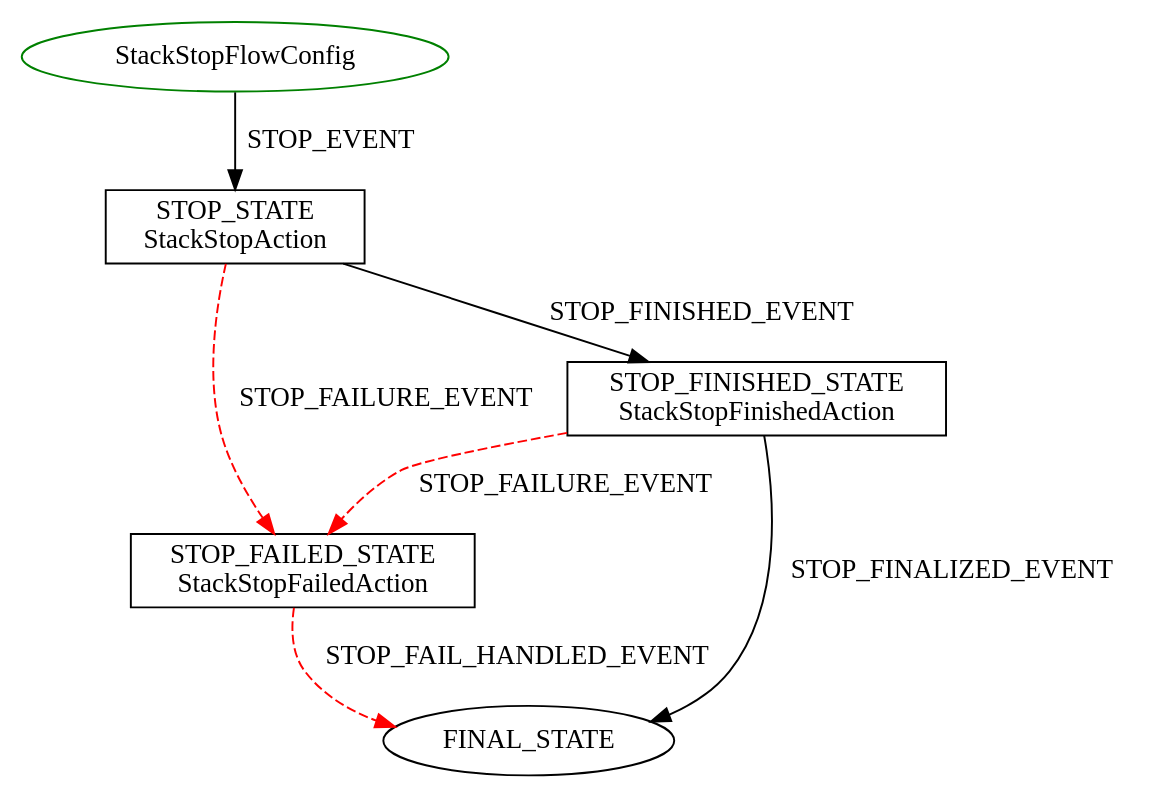
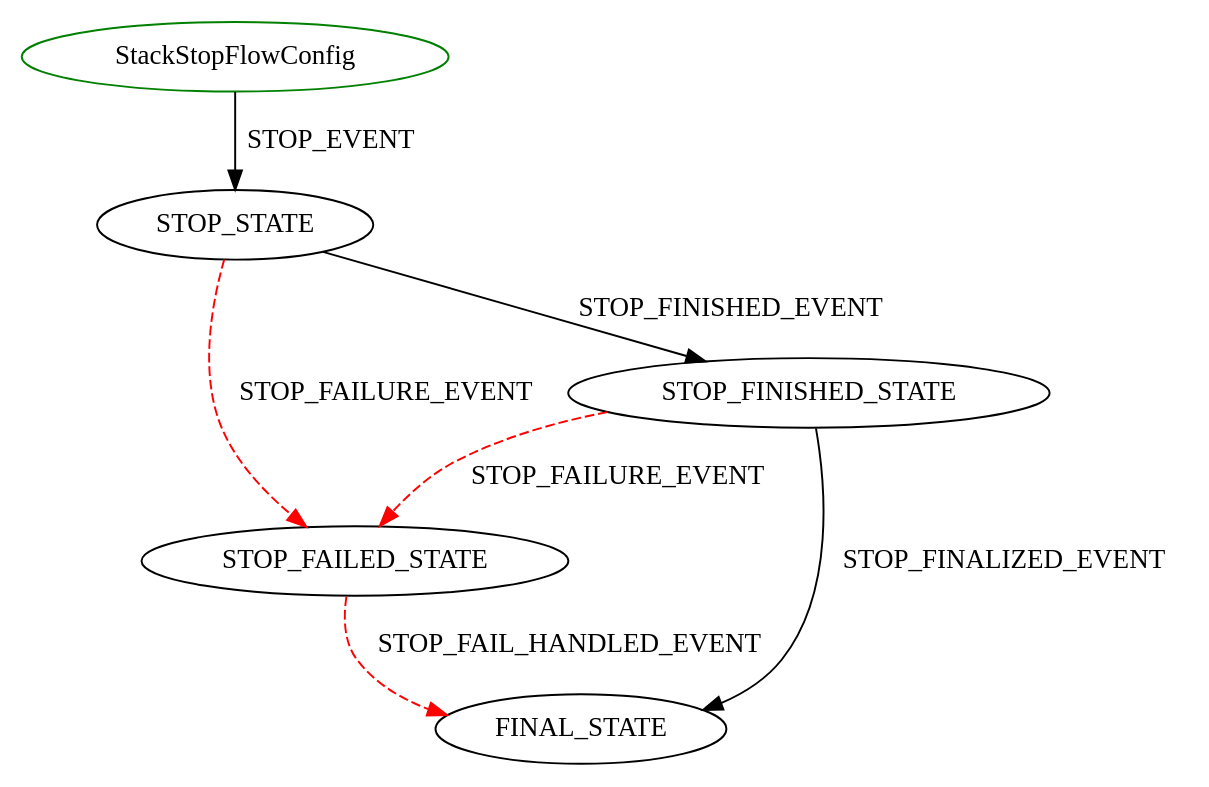
One commit to wprender/cloudbreak-docs changed the diagram in docs/diagrams/StackStopFlowConfig.dot. Above: the diagram before and after it, drawn with Graphviz. The commit also changed 3 other files, not shown here.

Commit message:
CLOUD-55042 Fresh flow dots

```diff
--- a/docs/diagrams/StackStopFlowConfig.dot
+++ b/docs/diagrams/StackStopFlowConfig.dot
@@ -1,12 +1,9 @@
 digraph {
 INIT_STATE [label="StackStopFlowConfig" shape=ellipse color=green];
-STOP_STATE [label="STOP_STATE\nStackStopAction" shape=rect color=black];
 INIT_STATE -> STOP_STATE [label="STOP_EVENT" color=black style=solid];
-STOP_FAILED_STATE [label="STOP_FAILED_STATE\nStackStopFailedAction" shape=rect color=black];
 STOP_STATE -> STOP_FAILED_STATE [label="STOP_FAILURE_EVENT" color=red style=dashed];
 STOP_FAILED_STATE -> FINAL_STATE [label="STOP_FAIL_HANDLED_EVENT" color=red style=dashed];
-STOP_FINISHED_STATE [label="STOP_FINISHED_STATE\nStackStopFinishedAction" shape=rect color=black];
 STOP_STATE -> STOP_FINISHED_STATE [label="STOP_FINISHED_EVENT" color=black style=solid];
 STOP_FINISHED_STATE -> STOP_FAILED_STATE [label="STOP_FAILURE_EVENT" color=red style=dashed];
 STOP_FINISHED_STATE -> FINAL_STATE [label="STOP_FINALIZED_EVENT" color=black style=solid];
 }
```
